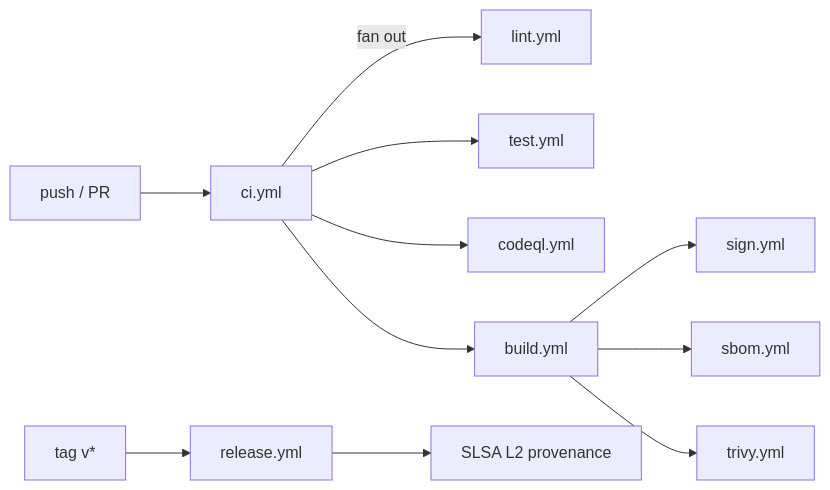
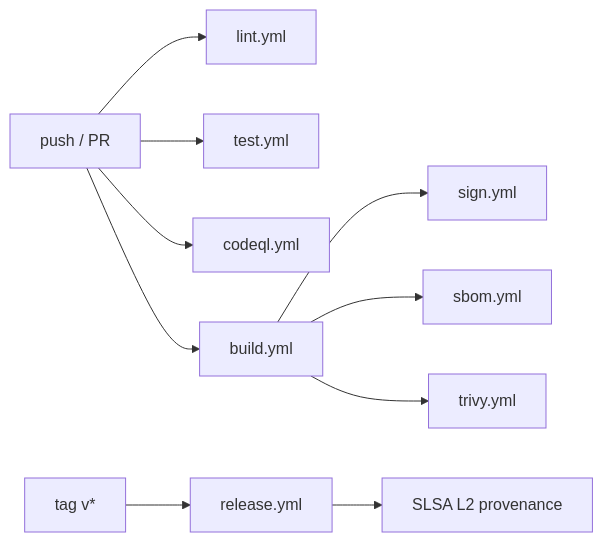
The second of 2 diagrams in README.md (gufranco/regnant), drawn with Mermaid before and after one commit. The commit also changed other lines of this file and 7 other files, not shown here.

````diff
--- a/README.md
+++ b/README.md
@@ -258,13 +260,12 @@
 ```mermaid
 flowchart LR
-    push[push / PR] --> ci[ci.yml]
-    ci -->|fan out| lint[lint.yml]
-    ci --> test[test.yml]
-    ci --> codeql[codeql.yml]
-    ci --> build[build.yml]
+    push[push / PR] --> lint[lint.yml]
+    push --> test[test.yml]
+    push --> codeql[codeql.yml]
+    push --> build[build.yml]
     build --> sign[sign.yml]
     build --> sbom[sbom.yml]
     build --> trivy[trivy.yml]
     tag[tag v*] --> release[release.yml]
     release --> slsa[SLSA L2 provenance]
 ```
````
